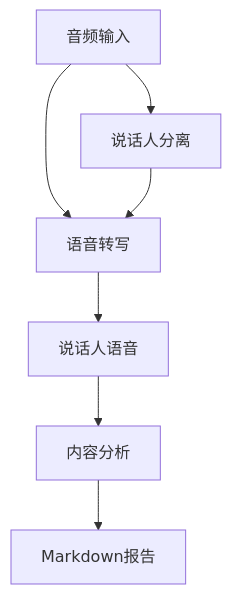
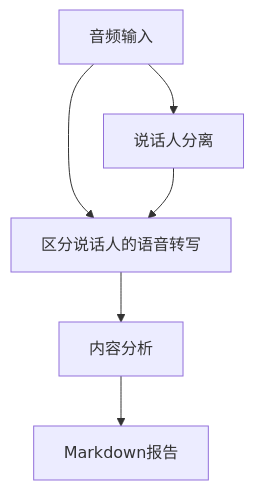
Before and after one commit to JokingXie/meeting-minutes: the diagram in README.md, drawn with Mermaid.

Commit message:
Improve README file

````diff
--- a/README.md
+++ b/README.md
@@ -13,9 +13,8 @@
 ```mermaid
 graph TD
     A[音频输入] --> B[说话人分离]
-    A --> C[语音转写]
+    A --> C[区分说话人的语音转写]
     B --> C
-    C --> D[说话人语音]
-    D --> E[内容分析]
-    E --> F[Markdown报告]
+    C --> D[内容分析]
+    D --> E[Markdown报告]
 ```
````
